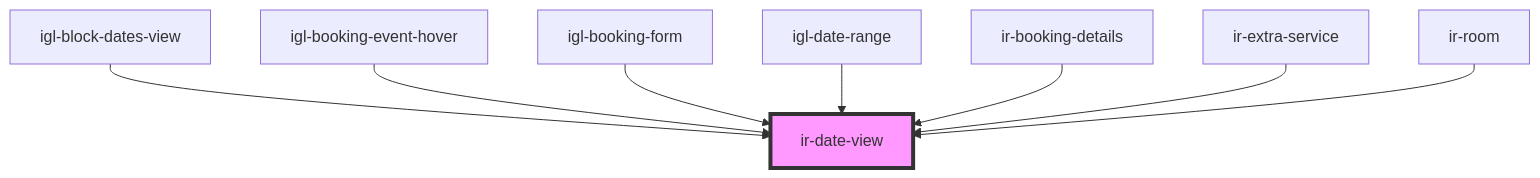
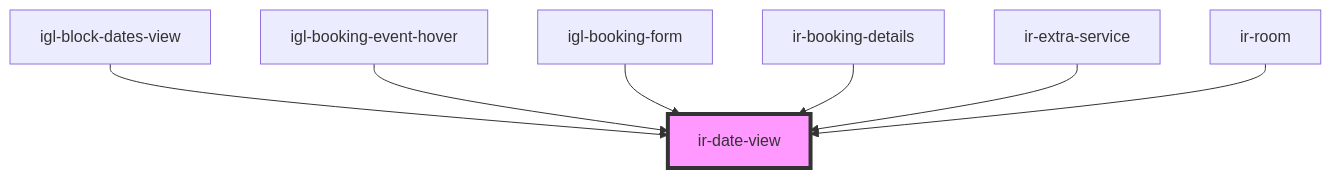
Before and after one commit to David1Chowaifaty/modified-ir-webcmp: the diagram in src/components/ir-date-view/readme.md, drawn with Mermaid. The commit also changed other lines of this file and 41 other files, not shown here.

````diff
--- a/src/components/ir-date-view/readme.md
+++ b/src/components/ir-date-view/readme.md
@@ -31,11 +30,10 @@
 ```mermaid
 graph TD;
   igl-block-dates-view --> ir-date-view
   igl-booking-event-hover --> ir-date-view
   igl-booking-form --> ir-date-view
-  igl-date-range --> ir-date-view
   ir-booking-details --> ir-date-view
   ir-extra-service --> ir-date-view
   ir-room --> ir-date-view
   style ir-date-view fill:#f9f,stroke:#333,stroke-width:4px
 ```
````
